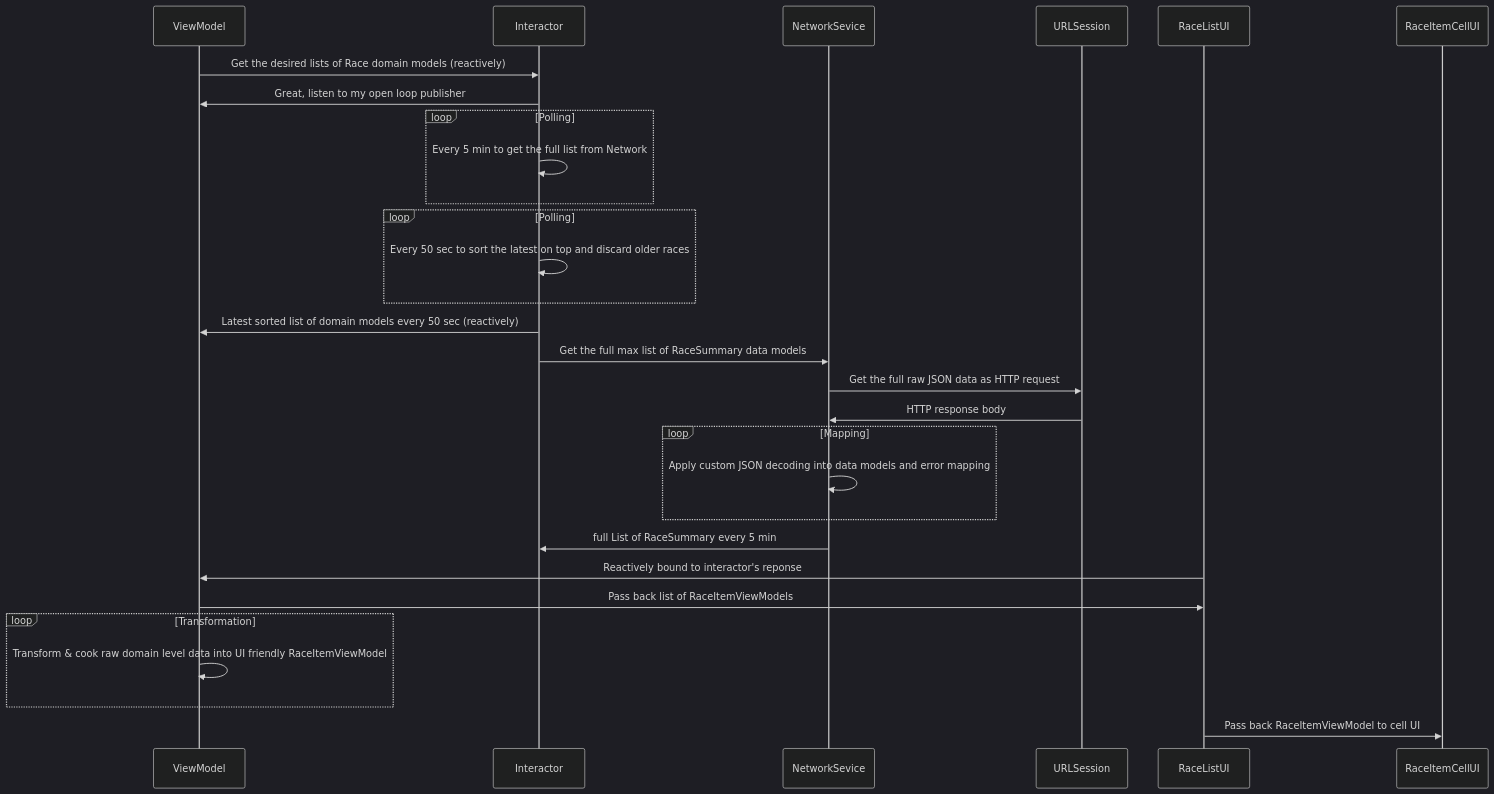
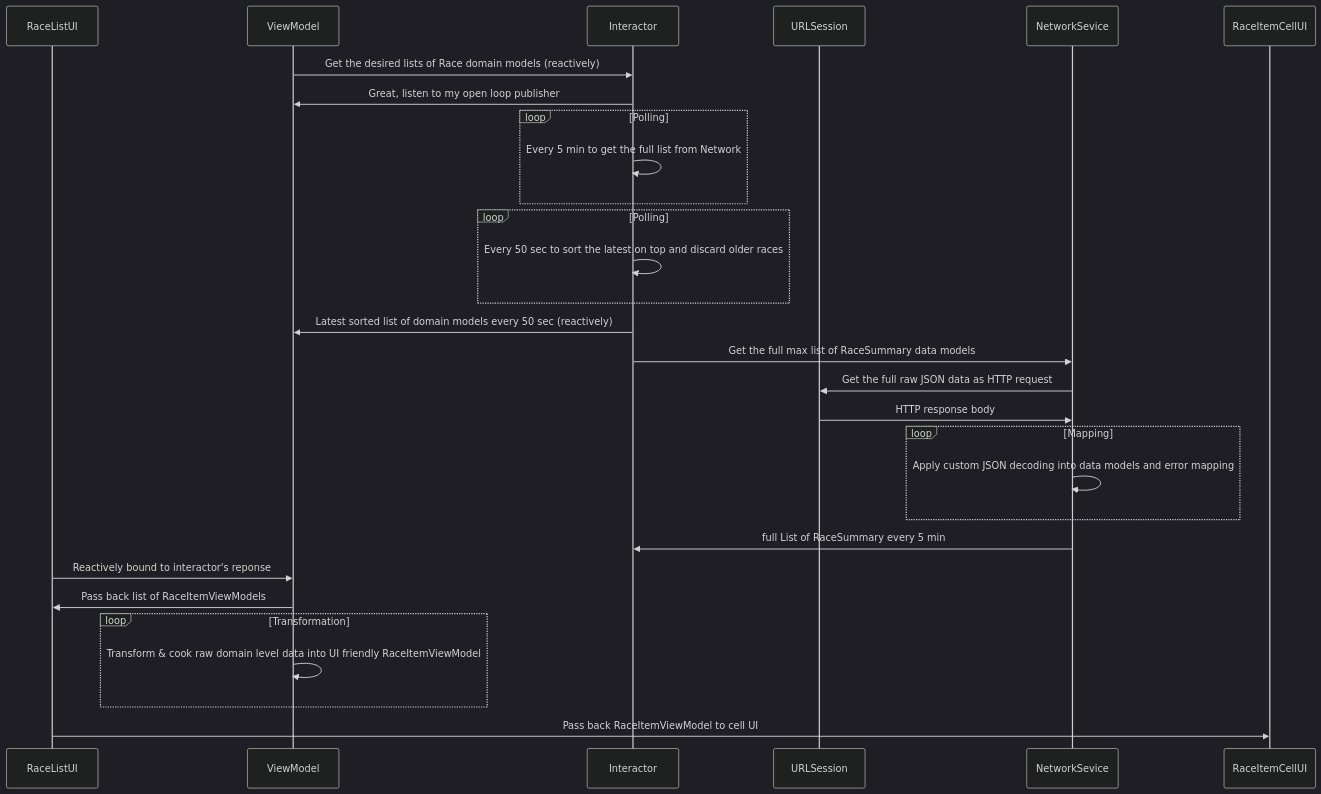
Before and after one commit to arinjoy/MyCountry: the diagram in README.md, drawn with Mermaid (dark theme).

````diff
--- a/README.md
+++ b/README.md
@@ -1,27 +1,30 @@
 ```mermaid
 sequenceDiagram
+    participant RaceListUI
     participant ViewModel
     participant Interactor
+    participant URLSession
+    
     ViewModel->>Interactor: Get the desired lists of Race domain models (reactively)
     Interactor->>ViewModel: Great, listen to my open loop publisher
     loop Polling
         Interactor->>Interactor: Every 5 min to get the full list from Network
     end
     loop Polling
         Interactor->>Interactor: Every 50 sec to sort the latest on top and discard older races
     end
     Interactor->>ViewModel: Latest sorted list of domain models every 50 sec (reactively)
     Interactor->>NetworkSevice: Get the full max list of RaceSummary data models
     NetworkSevice->>URLSession: Get the full raw JSON data as HTTP request
     URLSession->>NetworkSevice: HTTP response body
     loop Mapping
         NetworkSevice->>NetworkSevice:  Apply custom JSON decoding into data models and error mapping
     end
     NetworkSevice->>Interactor: full List of RaceSummary every 5 min
     RaceListUI->>ViewModel: Reactively bound to interactor's reponse
     ViewModel->>RaceListUI: Pass back list of RaceItemViewModels
     loop Transformation
         ViewModel->>ViewModel: Transform & cook raw domain level data into UI friendly RaceItemViewModel
     end
    RaceListUI->>RaceItemCellUI: Pass back RaceItemViewModel to cell UI
 ```
````
